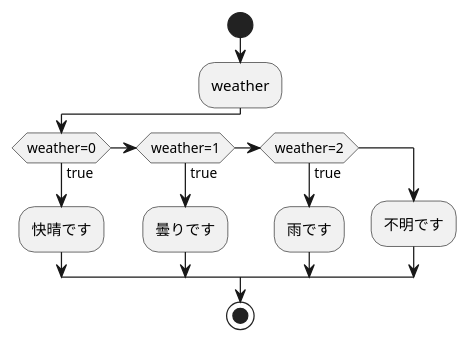
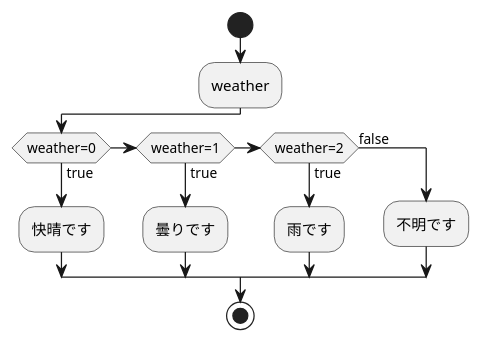
Before and after one commit to Aso2001406/2021sys-design: the diagram in report3.md, drawn with PlantUML.

````diff
--- a/report3.md
+++ b/report3.md
@@ -1,16 +1,16 @@
 ```uml
 @startuml
 start
 :weather;
 if(weather=0)then(true)
  :快晴です;
 else if(weather=1)then(true)
  :曇りです;
 else if(weather=2)then(true)
  :雨です;
-else
+else(false)
  :不明です;
 endif
 stop
 @enduml
 ```
````
